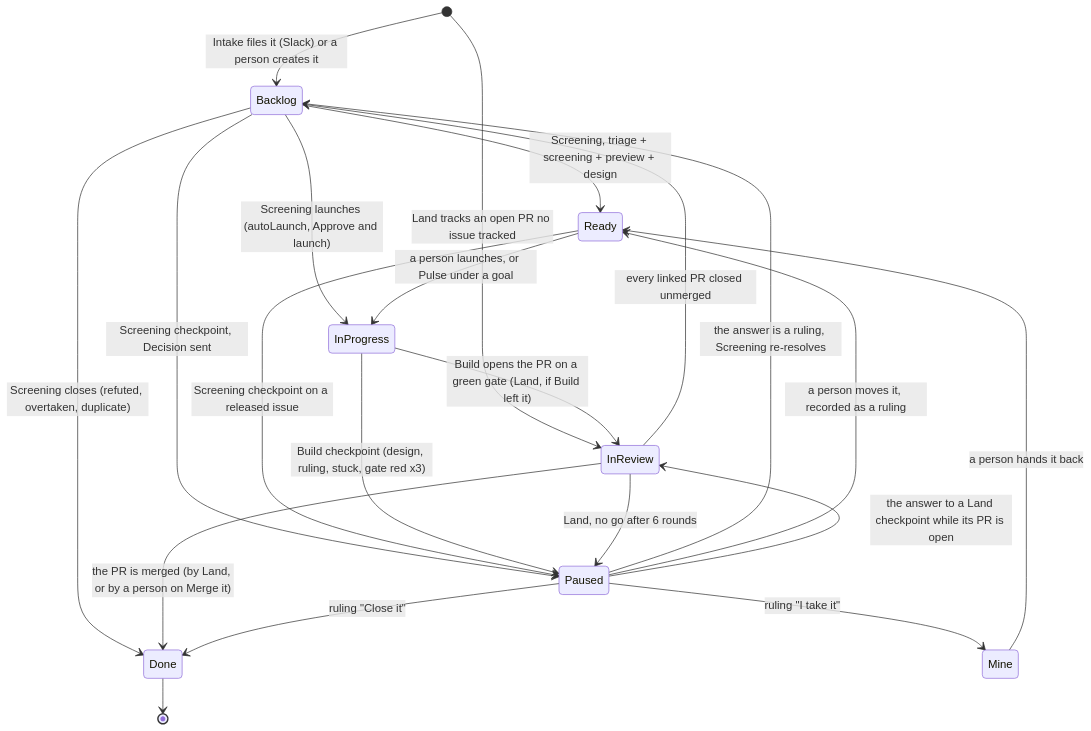
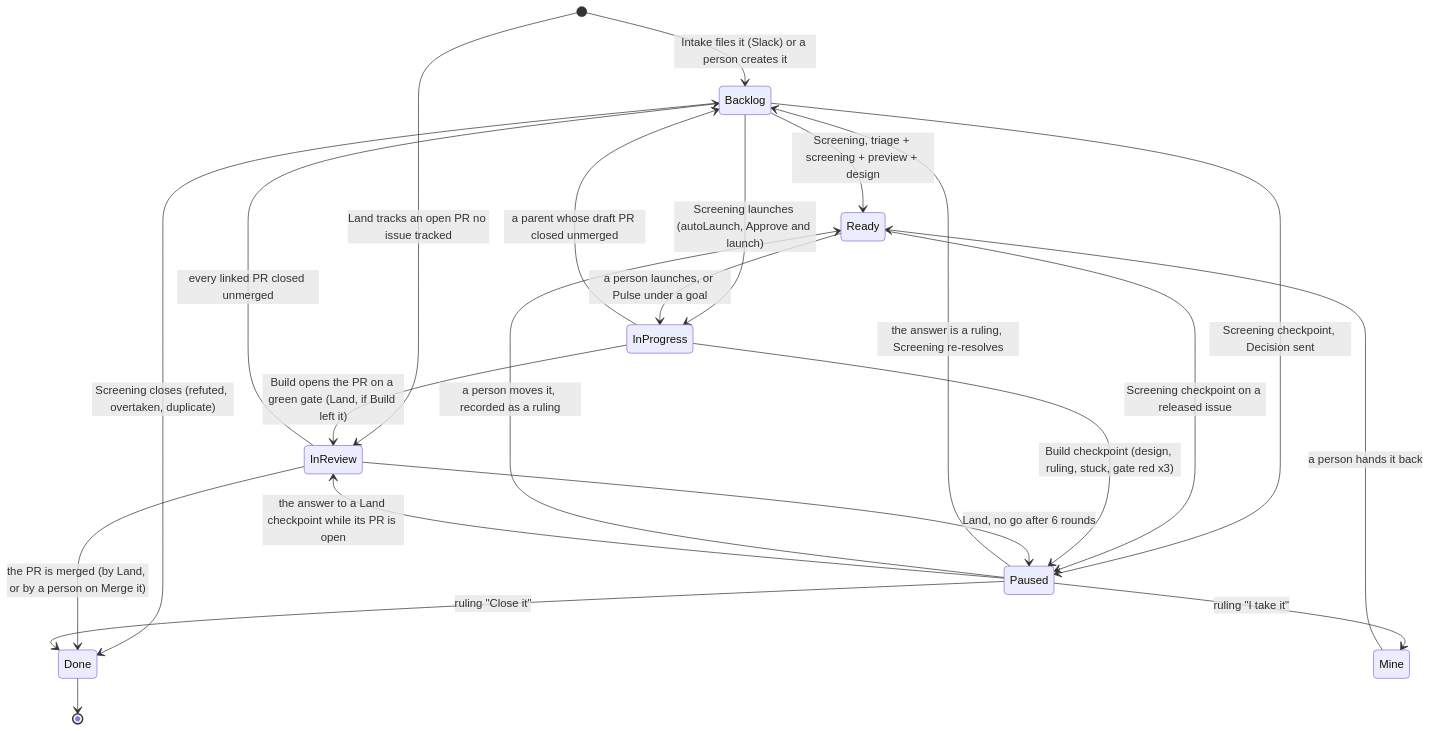
The diagram in skills/working-on-issues/workflow.md (standardshq/skills), drawn with Mermaid before and after one commit. The commit also changed other lines of this file and 12 other files, not shown here.

````diff
--- a/skills/working-on-issues/workflow.md
+++ b/skills/working-on-issues/workflow.md
@@ -6,23 +6,24 @@
 ```mermaid
 stateDiagram-v2
   [*] --> Backlog: Intake files it (Slack) or a person creates it
   [*] --> InReview: Land tracks an open PR no issue tracked
   Backlog --> Ready: Screening, triage + screening + preview + design
   Backlog --> InProgress: Screening launches (autoLaunch, Approve and launch)
   Backlog --> Paused: Screening checkpoint, Decision sent
   Backlog --> Done: Screening closes (refuted, overtaken, duplicate)
   Ready --> InProgress: a person launches, or Pulse under a goal
   Ready --> Paused: Screening checkpoint on a released issue
   InProgress --> InReview: Build opens the PR on a green gate (Land, if Build left it)
   InProgress --> Paused: Build checkpoint (design, ruling, stuck, gate red x3)
+  InProgress --> Backlog: a parent whose draft PR closed unmerged
   InReview --> Done: the PR is merged (by Land, or by a person on Merge it)
   InReview --> Paused: Land, no go after 6 rounds
   InReview --> Backlog: every linked PR closed unmerged
   Paused --> Backlog: the answer is a ruling, Screening re-resolves
   Paused --> Ready: a person moves it, recorded as a ruling
   Paused --> Mine: ruling "I take it"
   Paused --> InReview: the answer to a Land checkpoint while its PR is open
   Paused --> Done: ruling "Close it"
   Mine --> Ready: a person hands it back
   Done --> [*]
 ```
````
